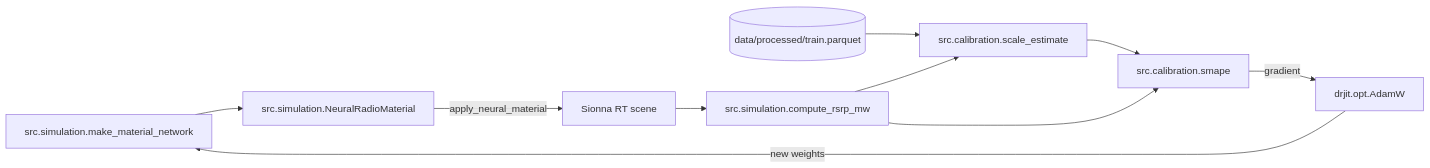
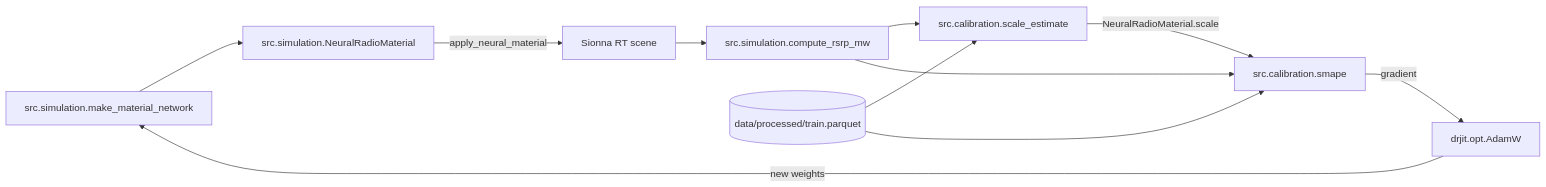
The third of 3 diagrams in README.md (Wombat-Engineers/radio-calibration), drawn with Mermaid before and after one commit. The commit also changed other lines of this file and 16 other files, not shown here.

First line of the commit message:
Refactor calibration and simulation to remove scale dependency

````diff
--- a/README.md
+++ b/README.md
@@ -356,12 +356,13 @@
 ```mermaid
 flowchart LR
     net[src.simulation.make_material_network] --> mat[src.simulation.NeuralRadioMaterial]
     mat -- apply_neural_material --> scene[Sionna RT scene]
     scene --> rsrp[src.simulation.compute_rsrp_mw]
     train[(data/processed/train.parquet)] --> scale[src.calibration.scale_estimate]
     rsrp --> scale
-    scale --> loss[src.calibration.smape]
+    scale -- NeuralRadioMaterial.scale --> loss[src.calibration.smape]
     rsrp --> loss
+    train --> loss
     loss -- gradient --> opt[drjit.opt.AdamW]
     opt -- new weights --> net
 ```
````
